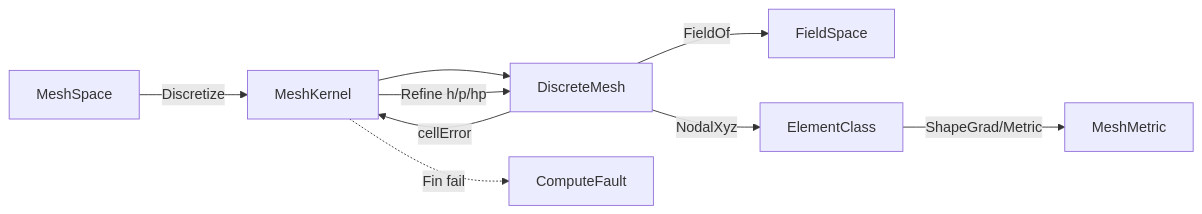
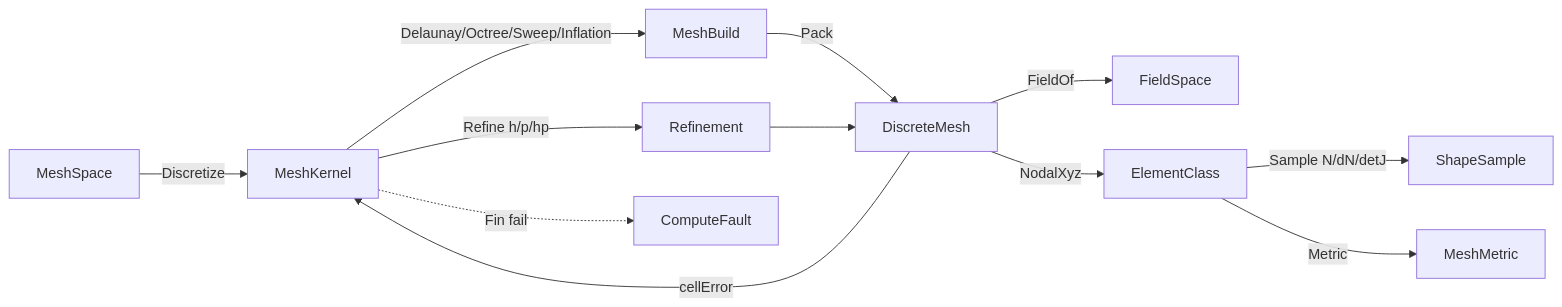
Before and after one commit to bsamiee/Rasm: the diagram in libs/csharp/Rasm.Compute/.planning/Solver/discretization.md, drawn with Mermaid. The commit also changed other lines of this file and 237 other files, not shown here.

````diff
--- a/libs/csharp/Rasm.Compute/.planning/Solver/discretization.md
+++ b/libs/csharp/Rasm.Compute/.planning/Solver/discretization.md
@@ -482,11 +1003,14 @@
 ```mermaid
 flowchart LR
     MeshSpace -->|Discretize| MeshKernel
-    MeshKernel --> DiscreteMesh
+    MeshKernel -->|Delaunay/Octree/Sweep/Inflation| MeshBuild
+    MeshBuild -->|Pack| DiscreteMesh
     DiscreteMesh -->|FieldOf| FieldSpace
     DiscreteMesh -->|NodalXyz| ElementClass
-    ElementClass -->|ShapeGrad/Metric| MeshMetric
+    ElementClass -->|Sample N/dN/detJ| ShapeSample
+    ElementClass -->|Metric| MeshMetric
     DiscreteMesh -->|cellError| MeshKernel
-    MeshKernel -->|Refine h/p/hp| DiscreteMesh
+    MeshKernel -->|Refine h/p/hp| Refinement
+    Refinement --> DiscreteMesh
     MeshKernel -.->|Fin fail| ComputeFault
 ```
````
